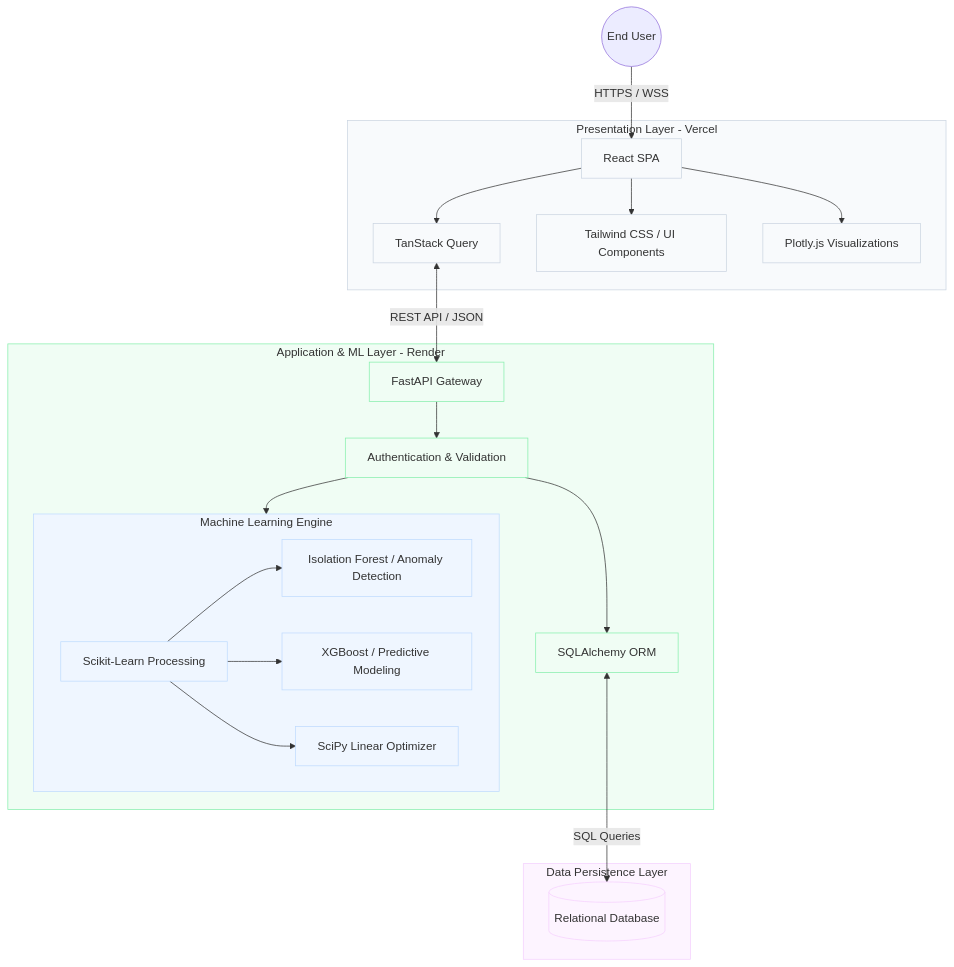
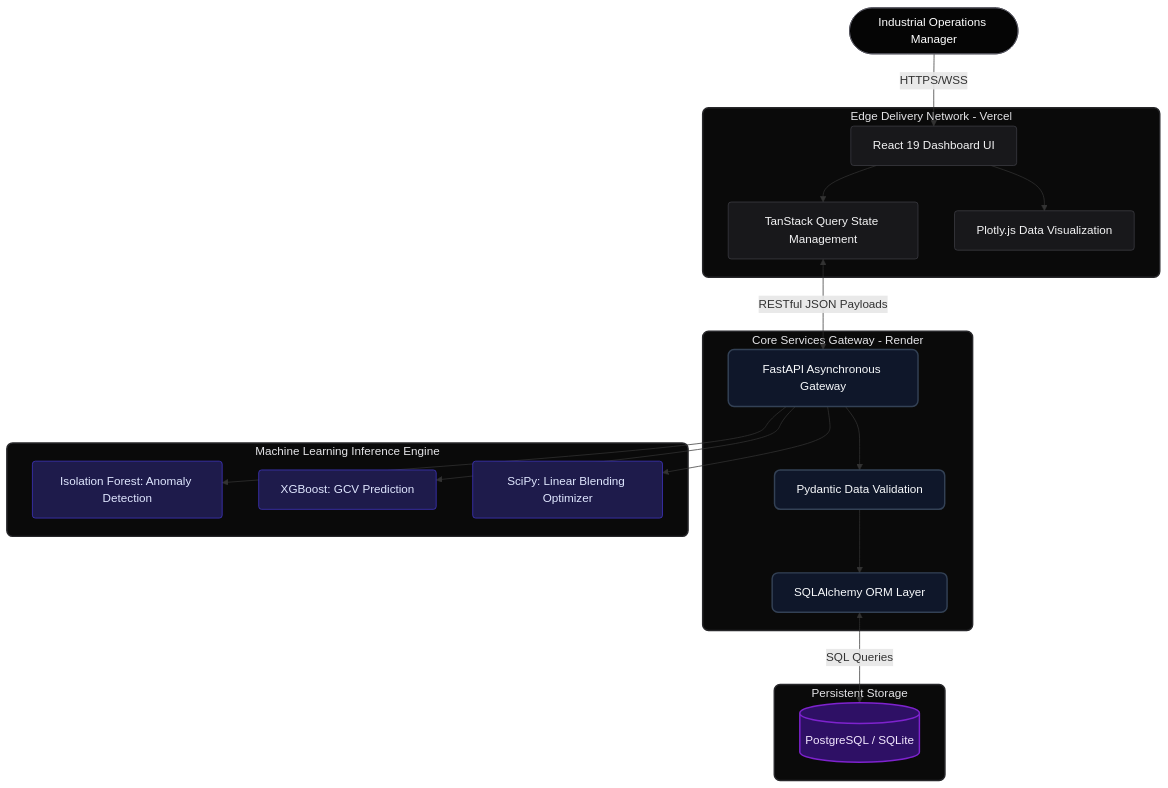
The diagram in README.md (shekharsameer2308/Analyzer), drawn with Mermaid before and after one commit. The commit also changed other lines of this file and 3 other files, not shown here.

````diff
--- a/README.md
+++ b/README.md
@@ -9,59 +9,60 @@
 ```mermaid
 graph TD
-    %% User Interaction
-    User((End User)) -->|HTTPS / WSS| Dashboard
+    %% Define Node Styles
+    classDef client fill:#0a0a0a,stroke:#27272a,stroke-width:2px,color:#e4e4e7,rx:8px,ry:8px;
+    classDef frontend fill:#18181b,stroke:#3f3f46,stroke-width:1px,color:#f4f4f5,rx:4px,ry:4px;
+    classDef gateway fill:#0f172a,stroke:#334155,stroke-width:2px,color:#f8fafc,rx:8px,ry:8px;
+    classDef mlEngine fill:#1e1b4b,stroke:#4338ca,stroke-width:1px,color:#e0e7ff,rx:4px,ry:4px;
+    classDef dataStore fill:#2e1065,stroke:#7e22ce,stroke-width:2px,color:#f3e8ff,rx:8px,ry:8px;
+
+    %% Client and Edge
+    User([Industrial Operations Manager])
+    style User fill:#050505,stroke:#52525b,color:#fff
     
-    %% Client-Side Architecture (Frontend)
-    subgraph Frontend [Presentation Layer - Vercel]
-        Dashboard[React SPA]
-        State[TanStack Query]
-        UI[Tailwind CSS / UI Components]
-        Charts[Plotly.js Visualizations]
+    subgraph Edge [Edge Delivery Network - Vercel]
+        UI[React 19 Dashboard UI]
+        State[TanStack Query State Management]
+        Viz[Plotly.js Data Visualization]
+        UI --> State
+        UI --> Viz
+    end
+
+    User -->|HTTPS/WSS| UI
+
+    %% Application API Gateway
+    subgraph CoreAPI [Core Services Gateway - Render]
+        FastAPI[FastAPI Asynchronous Gateway]
+        Pydantic[Pydantic Data Validation]
+        ORM[SQLAlchemy ORM Layer]
         
-        Dashboard --> State
-        Dashboard --> UI
-        Dashboard --> Charts
+        FastAPI --> Pydantic
+        Pydantic --> ORM
     end
-    
-    %% Server-Side Architecture (Backend)
-    subgraph Backend [Application & ML Layer - Render]
-        API[FastAPI Gateway]
-        Auth[Authentication & Validation]
-        ORM[SQLAlchemy ORM]
+
+    State <-->|RESTful JSON Payloads| FastAPI
+
+    %% Machine Learning Inference Engine
+    subgraph AI [Machine Learning Inference Engine]
+        Anomaly[Isolation Forest: Anomaly Detection]
+        Predictor[XGBoost: GCV Prediction]
+        Optimizer[SciPy: Linear Blending Optimizer]
         
-        subgraph ML_Engine [Machine Learning Engine]
-            ScikitLearn[Scikit-Learn Processing]
-            IsolationForest[Isolation Forest / Anomaly Detection]
-            XGBoost[XGBoost / Predictive Modeling]
-            Optimizer[SciPy Linear Optimizer]
-            
-            ScikitLearn --> IsolationForest
-            ScikitLearn --> XGBoost
-            ScikitLearn --> Optimizer
-        end
-        
-        API --> Auth
-        Auth --> ORM
-        Auth --> ML_Engine
+        FastAPI --> Anomaly
+        FastAPI --> Predictor
+        FastAPI --> Optimizer
     end
-    
+
     %% Data Persistence
-    subgraph Storage [Data Persistence Layer]
-        DB[(Relational Database)]
+    subgraph Storage [Persistent Storage]
+        DB[(PostgreSQL / SQLite)]
     end
-    
-    %% Connections
-    State <-->|REST API / JSON| API
+
     ORM <-->|SQL Queries| DB
-    
-    %% Styling
-    classDef client fill:#f8fafc,stroke:#cbd5e1,stroke-width:1px;
-    classDef server fill:#f0fdf4,stroke:#86efac,stroke-width:1px;
-    classDef engine fill:#eff6ff,stroke:#bfdbfe,stroke-width:1px;
-    classDef database fill:#fdf4ff,stroke:#f5d0fe,stroke-width:1px;
-    
-    class Frontend,Dashboard,State,UI,Charts client;
-    class Backend,API,Auth,ORM server;
-    class ML_Engine,ScikitLearn,IsolationForest,XGBoost,Optimizer engine;
-    class Storage,DB database;
+
+    %% Apply Classes
+    class UI,State,Viz frontend;
+    class FastAPI,Pydantic,ORM gateway;
+    class Anomaly,Predictor,Optimizer mlEngine;
+    class DB dataStore;
+    class Edge,CoreAPI,AI,Storage client;
 ```
````
